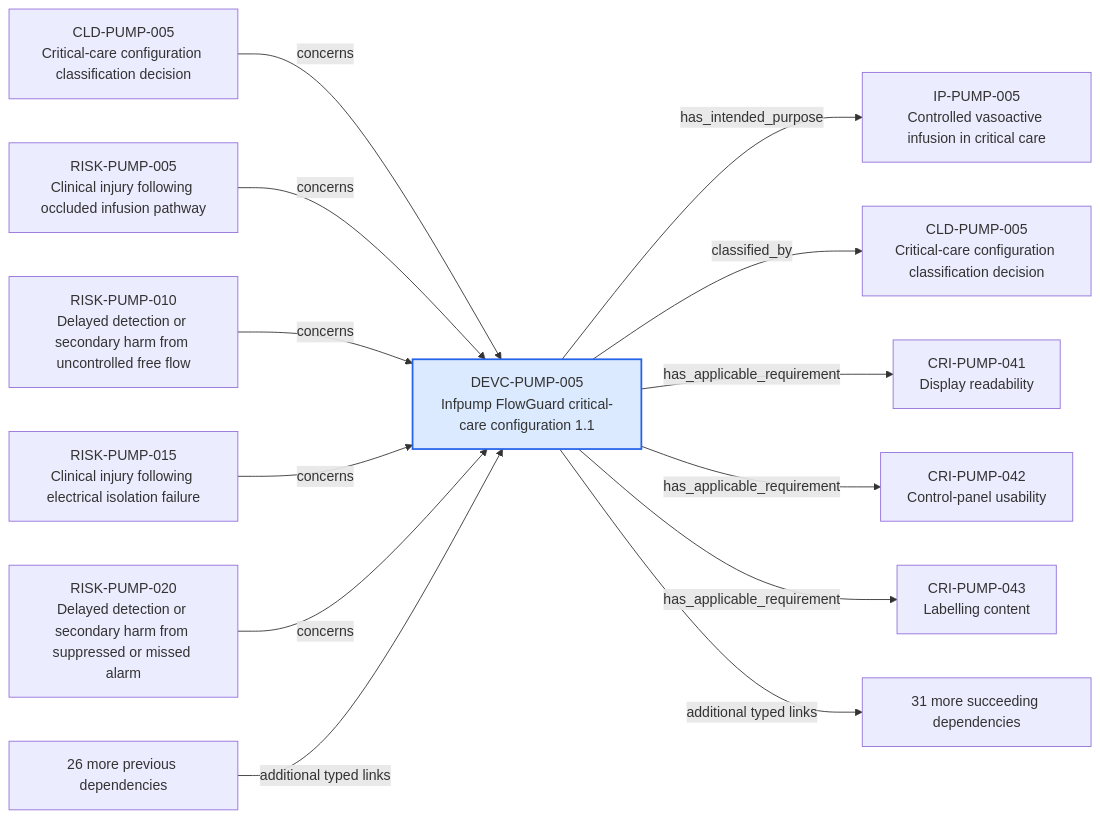
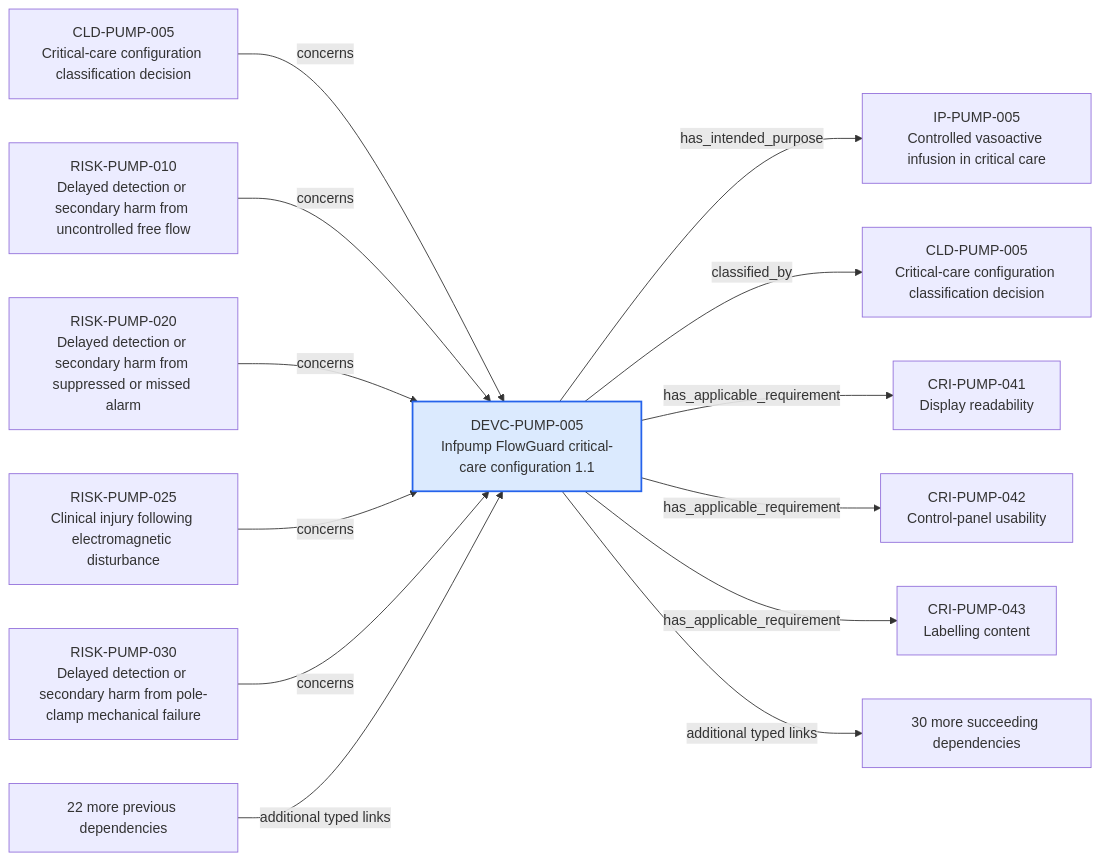
Before and after one commit to mvattulainen/mdrontology: the diagram in content/06-Infpump FlowGuard ontology notes/device-configuration/DEVC-PUMP-005-infpump-flowguard-critical-care-configuration-11.md, drawn with Mermaid. The commit also changed other lines of this file and 321 other files, not shown here.

Commit message:
Implement Mermaid ontology audit findings

````diff
--- a/content/06-Infpump FlowGuard ontology notes/device-configuration/DEVC-PUMP-005-infpump-flowguard-critical-care-configuration-11.md
+++ b/content/06-Infpump FlowGuard ontology notes/device-configuration/DEVC-PUMP-005-infpump-flowguard-critical-care-configuration-11.md
@@ -159,30 +158,30 @@
 ```mermaid
 flowchart LR
   CURRENT["DEVC-PUMP-005<br/>Infpump FlowGuard critical-care configuration 1.1"]
   PREV0["CLD-PUMP-005<br/>Critical-care configuration classification decision"]
   PREV0 -->|"concerns"| CURRENT
-  PREV1["RISK-PUMP-005<br/>Clinical injury following occluded infusion pathway"]
+  PREV1["RISK-PUMP-010<br/>Delayed detection or secondary harm from uncontrolled free flow"]
   PREV1 -->|"concerns"| CURRENT
-  PREV2["RISK-PUMP-010<br/>Delayed detection or secondary harm from uncontrolled free flow"]
+  PREV2["RISK-PUMP-020<br/>Delayed detection or secondary harm from suppressed or missed alarm"]
   PREV2 -->|"concerns"| CURRENT
-  PREV3["RISK-PUMP-015<br/>Clinical injury following electrical isolation failure"]
+  PREV3["RISK-PUMP-025<br/>Clinical injury following electromagnetic disturbance"]
   PREV3 -->|"concerns"| CURRENT
-  PREV4["RISK-PUMP-020<br/>Delayed detection or secondary harm from suppressed or missed alarm"]
+  PREV4["RISK-PUMP-030<br/>Delayed detection or secondary harm from pole-clamp mechanical failure"]
   PREV4 -->|"concerns"| CURRENT
-  PREV_MORE["26 more previous dependencies"]
+  PREV_MORE["22 more previous dependencies"]
   PREV_MORE -->|"additional typed links"| CURRENT
   NEXT0["IP-PUMP-005<br/>Controlled vasoactive infusion in critical care"]
   CURRENT -->|"has_intended_purpose"| NEXT0
   NEXT1["CLD-PUMP-005<br/>Critical-care configuration classification decision"]
   CURRENT -->|"classified_by"| NEXT1
   NEXT2["CRI-PUMP-041<br/>Display readability"]
   CURRENT -->|"has_applicable_requirement"| NEXT2
   NEXT3["CRI-PUMP-042<br/>Control-panel usability"]
   CURRENT -->|"has_applicable_requirement"| NEXT3
   NEXT4["CRI-PUMP-043<br/>Labelling content"]
   CURRENT -->|"has_applicable_requirement"| NEXT4
-  NEXT_MORE["31 more succeeding dependencies"]
+  NEXT_MORE["30 more succeeding dependencies"]
   CURRENT -->|"additional typed links"| NEXT_MORE
   classDef current fill:#dbeafe,stroke:#2563eb,stroke-width:2px
   class CURRENT current
 ```
````
